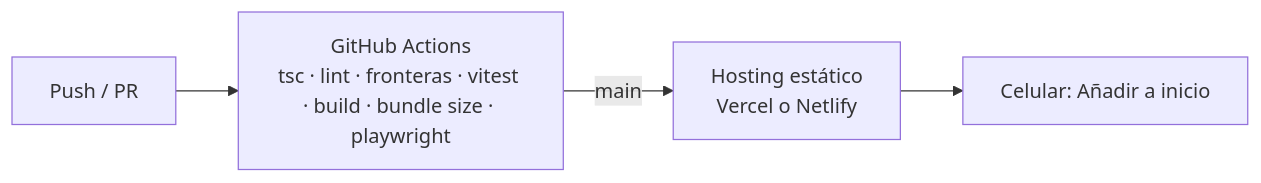
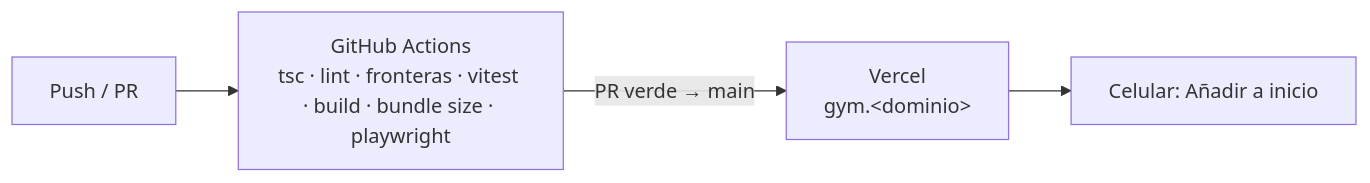
Before and after one commit to saulgmx/gym-app: the eighth of 8 diagrams in docs/architecture.md, drawn with Mermaid. The commit also changed other lines of this file and 7 other files, not shown here.

````diff
--- a/docs/architecture.md
+++ b/docs/architecture.md
@@ -356,6 +357,6 @@
 ```mermaid
 flowchart LR
   dev[Push / PR] --> ci[GitHub Actions<br/>tsc · lint · fronteras · vitest · build · bundle size · playwright]
-  ci -->|main| host[Hosting estático<br/>Vercel o Netlify]
+  ci -->|PR verde → main| host[Vercel<br/>gym.&lt;dominio&gt;]
   host --> phone[Celular: Añadir a inicio]
 ```
````
